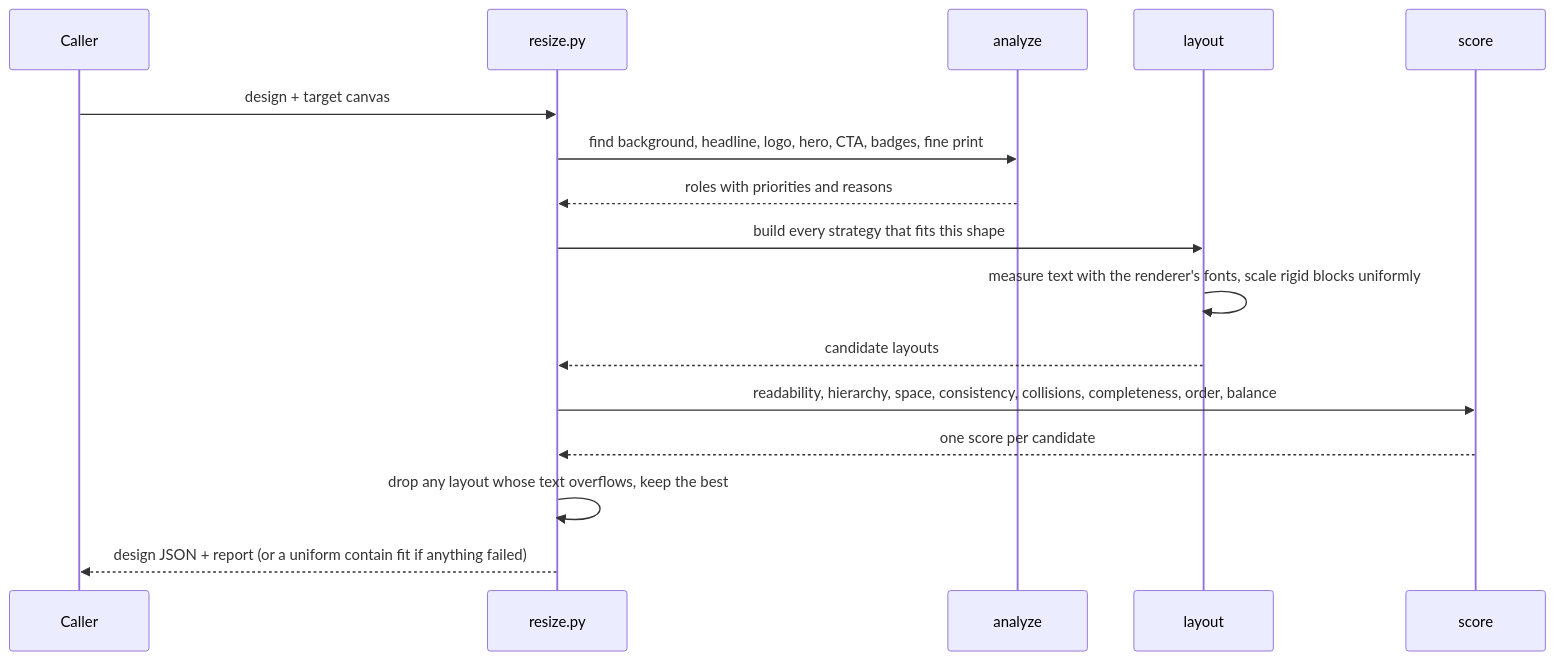
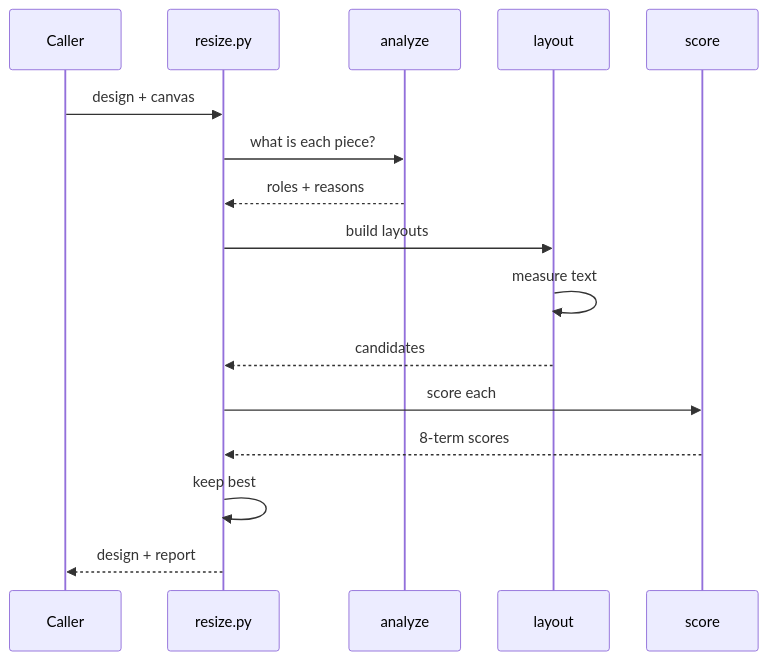
One commit to VolodymyrLinuxovich/chameleon changed the second of 2 diagrams in README.md. Above: the diagram before and after it, drawn with Mermaid. The commit also changed other lines of this file, not shown here.

First line of the commit message:
Make the README diagrams render at full size on GitHub

````diff
--- a/README.md
+++ b/README.md
@@ -147,19 +137,20 @@
 ```mermaid
+%%{init: {'sequence': {'actorMargin': 40, 'width': 120, 'messageMargin': 30}}}%%
 sequenceDiagram
     participant U as Caller
     participant R as resize.py
     participant A as analyze
     participant L as layout
     participant S as score
 
-    U->>R: design + target canvas
-    R->>A: find background, headline, logo, hero, CTA, badges, fine print
-    A-->>R: roles with priorities and reasons
-    R->>L: build every strategy that fits this shape
-    L->>L: measure text with the renderer's fonts, scale rigid blocks uniformly
-    L-->>R: candidate layouts
-    R->>S: readability, hierarchy, space, consistency, collisions, completeness, order, balance
-    S-->>R: one score per candidate
-    R->>R: drop any layout whose text overflows, keep the best
-    R-->>U: design JSON + report (or a uniform contain fit if anything failed)
+    U->>R: design + canvas
+    R->>A: what is each piece?
+    A-->>R: roles + reasons
+    R->>L: build layouts
+    L->>L: measure text
+    L-->>R: candidates
+    R->>S: score each
+    S-->>R: 8-term scores
+    R->>R: keep best
+    R-->>U: design + report
 ```
````
